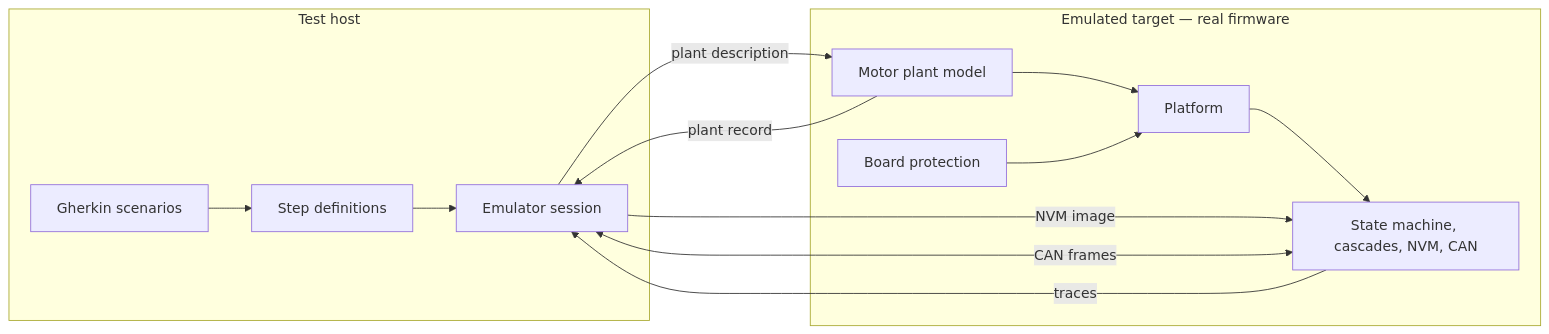
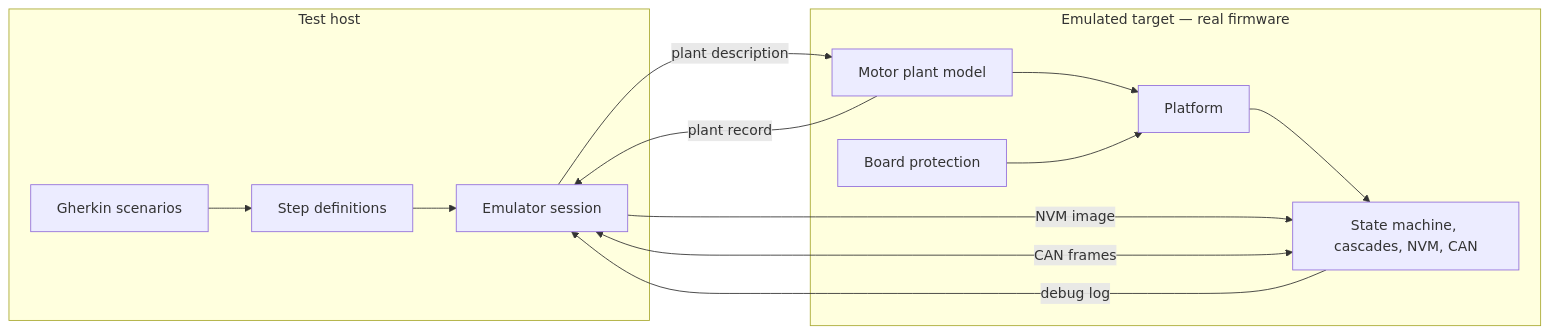
Before and after one commit to embedded-pro/e-foc: the first of 4 diagrams in documentation/design/software-in-the-loop.md, drawn with Mermaid. The commit also changed other lines of this file and 33 other files, not shown here.

````diff
--- a/documentation/design/software-in-the-loop.md
+++ b/documentation/design/software-in-the-loop.md
@@ -40,17 +39,17 @@
 ```mermaid
 graph LR
     subgraph HOST["Test host"]
         GHERKIN["Gherkin scenarios"] --> STEPS["Step definitions"]
         STEPS --> SESSION["Emulator session"]
     end
     subgraph TARGET["Emulated target — real firmware"]
         PLANT["Motor plant model"] --> PLATFORM["Platform"]
         PROT["Board protection"] --> PLATFORM
         PLATFORM --> APP["State machine, cascades, NVM, CAN"]
     end
     SESSION -->|"plant description"| PLANT
     SESSION -->|"NVM image"| APP
     SESSION <-->|"CAN frames"| APP
     PLANT -->|"plant record"| SESSION
-    APP -->|"traces"| SESSION
+    APP -->|"debug log"| SESSION
 ```
````
